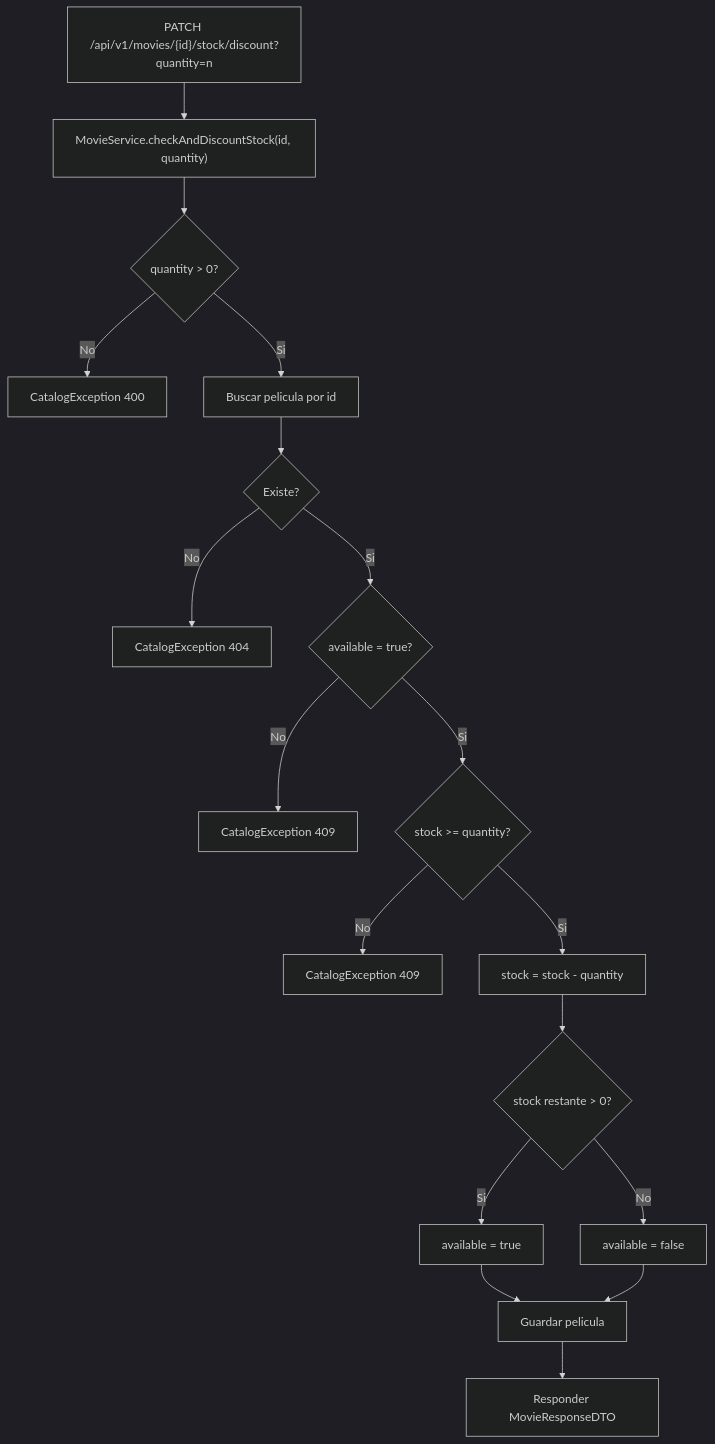
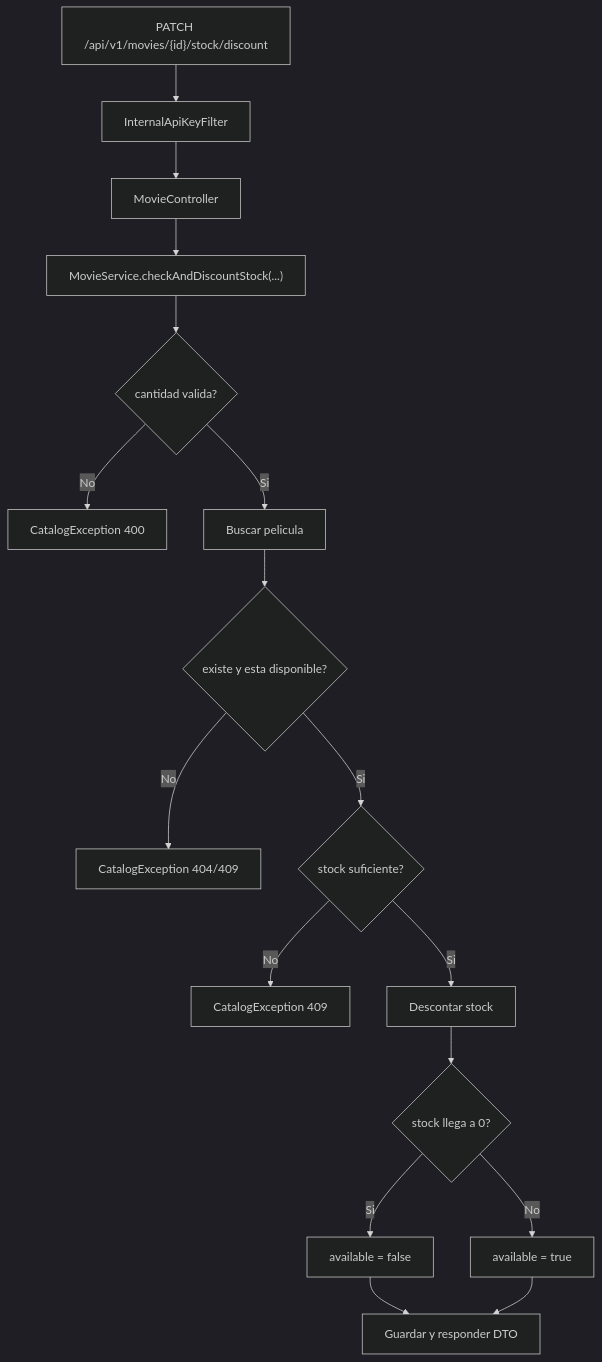
Before and after one commit to Sebastianidm/blockbuster-microservices: the second of 2 diagrams in catalog/catalog/README.md, drawn with Mermaid (dark theme). The commit also changed other lines of this file and 7 other files, not shown here.

````diff
--- a/catalog/catalog/README.md
+++ b/catalog/catalog/README.md
@@ -55,20 +109,19 @@
 ```mermaid
 flowchart TD
-    A["PATCH /api/v1/movies/{id}/stock/discount?quantity=n"] --> B["MovieService.checkAndDiscountStock(id, quantity)"]
-    B --> C{"quantity > 0?"}
-    C -- "No" --> X["CatalogException 400"]
-    C -- "Si" --> D["Buscar pelicula por id"]
-    D --> E{"Existe?"}
-    E -- "No" --> Y["CatalogException 404"]
-    E -- "Si" --> F{"available = true?"}
-    F -- "No" --> Z["CatalogException 409"]
-    F -- "Si" --> G{"stock >= quantity?"}
-    G -- "No" --> W["CatalogException 409"]
-    G -- "Si" --> H["stock = stock - quantity"]
-    H --> I{"stock restante > 0?"}
-    I -- "Si" --> J["available = true"]
-    I -- "No" --> K["available = false"]
-    J --> L["Guardar pelicula"]
-    K --> L
-    L --> M["Responder MovieResponseDTO"]
+    A["PATCH /api/v1/movies/{id}/stock/discount"] --> B["InternalApiKeyFilter"]
+    B --> C["MovieController"]
+    C --> D["MovieService.checkAndDiscountStock(...)"]
+    D --> E{"cantidad valida?"}
+    E -- "No" --> F["CatalogException 400"]
+    E -- "Si" --> G["Buscar pelicula"]
+    G --> H{"existe y esta disponible?"}
+    H -- "No" --> I["CatalogException 404/409"]
+    H -- "Si" --> J{"stock suficiente?"}
+    J -- "No" --> K["CatalogException 409"]
+    J -- "Si" --> L["Descontar stock"]
+    L --> M{"stock llega a 0?"}
+    M -- "Si" --> N["available = false"]
+    M -- "No" --> O["available = true"]
+    N --> P["Guardar y responder DTO"]
+    O --> P
 ```
````
